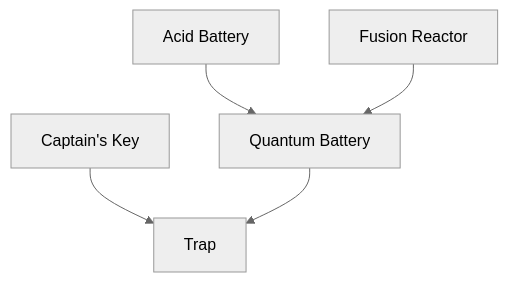
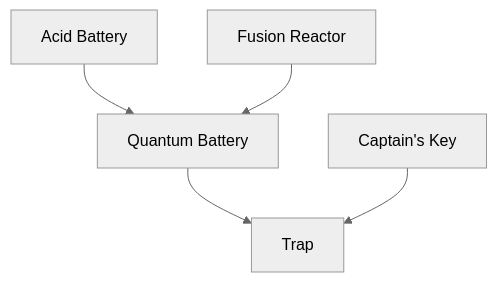
Before and after one commit to linkofdarkness/game-guides-and-utils: diagram 32 of 36 in games/card-corner/guides/Crafting.md, drawn with Mermaid (neutral theme). The commit also changed other lines of this file, not shown here.

Commit message:
fix(crafting): restore missing connections in crafting flowcharts for various items

````diff
--- a/games/card-corner/guides/Crafting.md
+++ b/games/card-corner/guides/Crafting.md
@@ -764,12 +764,12 @@
 ```mermaid
 flowchart TD
   fusion_reactor["Fusion Reactor"]
   acid_battery["Acid Battery"]
   quantum_battery["Quantum Battery"]
   captain_s_key["Captain's Key"]
   trap["Trap"]
   acid_battery --> quantum_battery
-  captain_s_key --> trap
   fusion_reactor --> quantum_battery
   quantum_battery --> trap
+  captain_s_key --> trap
 ```
````
